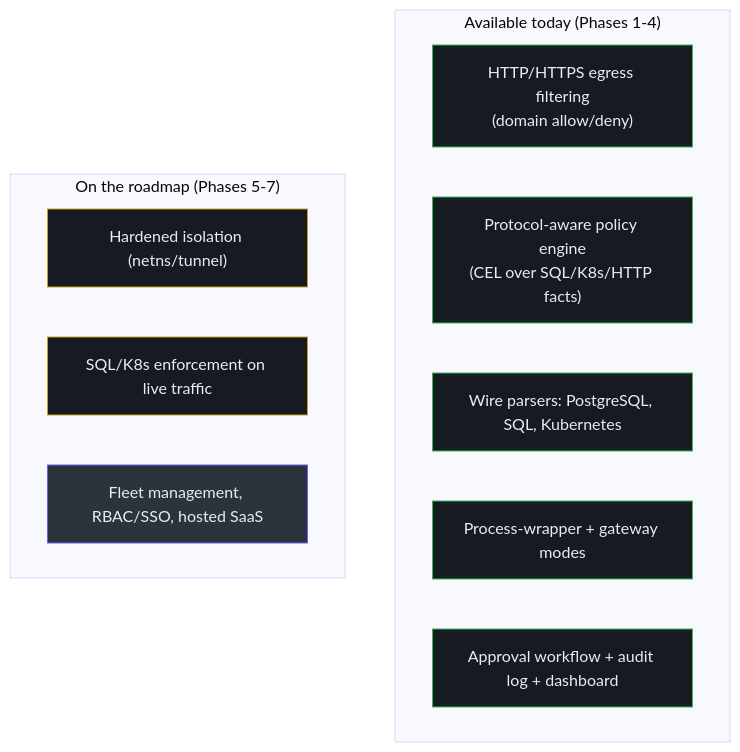
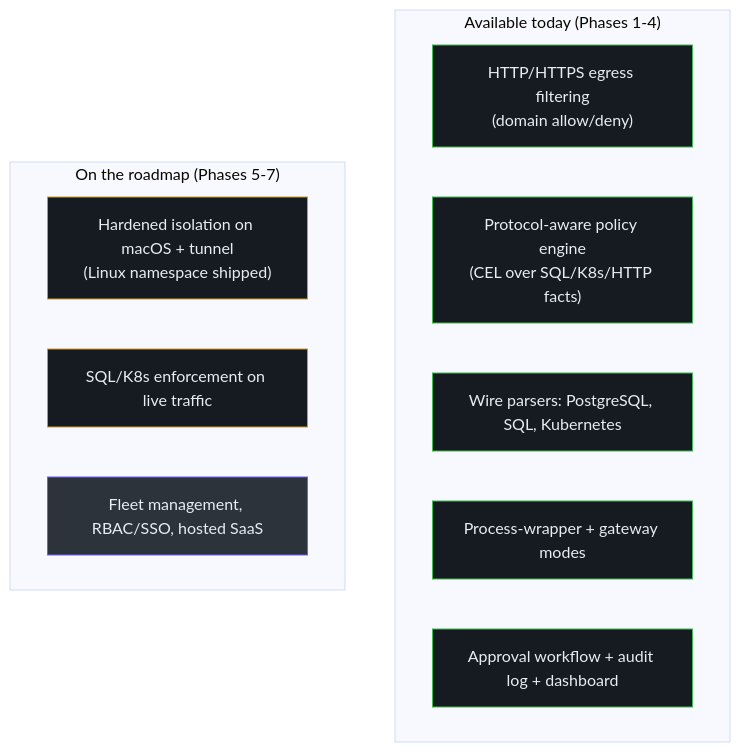
The first of 3 diagrams in wiki/onboarding/executive-guide.md (pleaseai/honmoon), drawn with Mermaid (base theme) before and after one commit. The commit also changed other lines of this file and 24 other files, not shown here.

First line of the commit message:
feat(cli): enforce `honmoon run` isolation with an empty netns on Linux (ADR-0005) (#71)

````diff
--- a/wiki/onboarding/executive-guide.md
+++ b/wiki/onboarding/executive-guide.md
@@ -32,23 +32,23 @@
 ```mermaid
 flowchart TB
   subgraph live["Available today (Phases 1-4)"]
     a["HTTP/HTTPS egress filtering<br>(domain allow/deny)"]
     b["Protocol-aware policy engine<br>(CEL over SQL/K8s/HTTP facts)"]
     c["Wire parsers: PostgreSQL, SQL, Kubernetes"]
     d["Process-wrapper + gateway modes"]
     e["Approval workflow + audit log + dashboard"]
   end
   subgraph planned["On the roadmap (Phases 5-7)"]
-    g["Hardened isolation (netns/tunnel)"]
+    g["Hardened isolation on macOS + tunnel<br>(Linux namespace shipped)"]
     i["SQL/K8s enforcement on live traffic"]
     h["Fleet management, RBAC/SSO, hosted SaaS"]
   end
   style a fill:#161b22,stroke:#3fb950,color:#e6edf3
   style b fill:#161b22,stroke:#3fb950,color:#e6edf3
   style c fill:#161b22,stroke:#3fb950,color:#e6edf3
   style d fill:#161b22,stroke:#3fb950,color:#e6edf3
   style e fill:#161b22,stroke:#3fb950,color:#e6edf3
   style g fill:#161b22,stroke:#d29922,color:#e6edf3
   style i fill:#161b22,stroke:#d29922,color:#e6edf3
   style h fill:#2d333b,stroke:#6d5dfc,color:#e6edf3
 ```
````
